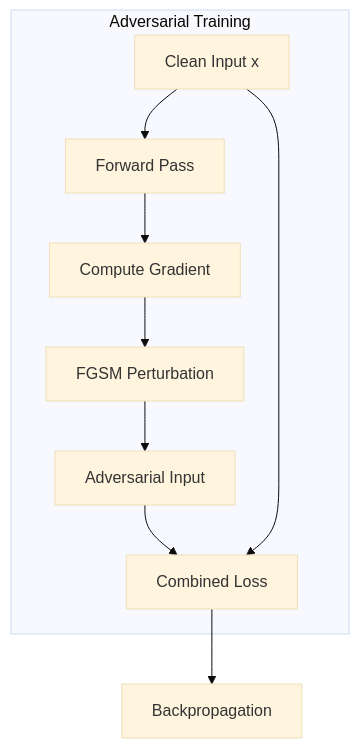
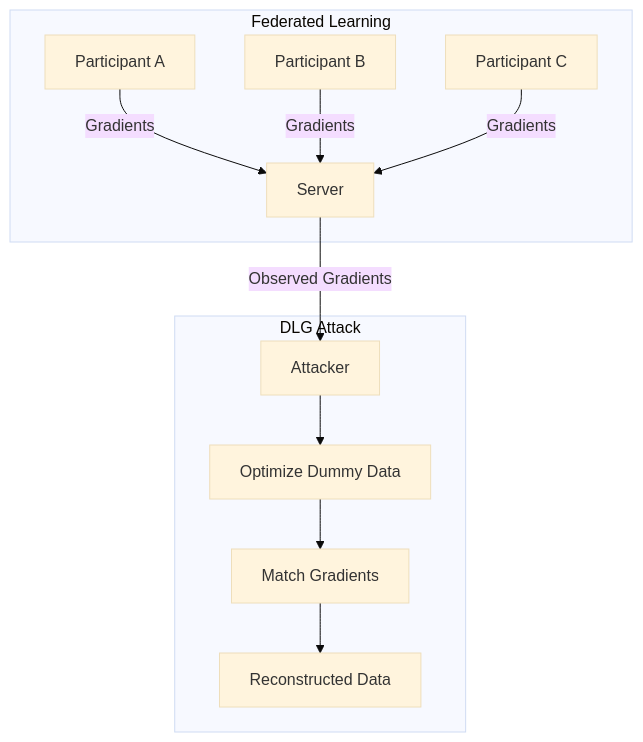
Before and after one commit to AICRA-PAGE/AICRA-PAGE.github.io: the diagram in _drafts/AICRA-PAGE/deep-leakage-from-gradients.md, drawn with Mermaid (base theme). The commit also changed other lines of this file, not shown here.

Commit message:
update: Deep Leakage from Gradients

````diff
--- a/_drafts/AICRA-PAGE/deep-leakage-from-gradients.md
+++ b/_drafts/AICRA-PAGE/deep-leakage-from-gradients.md
@@ -110,12 +107,14 @@
 ```mermaid
 flowchart TB
-    subgraph Training["Adversarial Training"]
-      A[Clean Input x] --> B[Forward Pass]
-      B --> C[Compute Gradient]
-      C --> D[FGSM Perturbation]
-      D --> E[Adversarial Input]
-      E --> F[Combined Loss]
-      A --> F
+    subgraph FL["Federated Learning"]
+      A[Participant A] -->|Gradients| S[Server]
+      B[Participant B] -->|Gradients| S
+      C[Participant C] -->|Gradients| S
     end
-    F --> G[Backpropagation]
+    subgraph Attack["DLG Attack"]
+      S -->|Observed Gradients| D[Attacker]
+      D --> E[Optimize Dummy Data]
+      E --> F[Match Gradients]
+      F --> G[Reconstructed Data]
+    end
 ```
````
